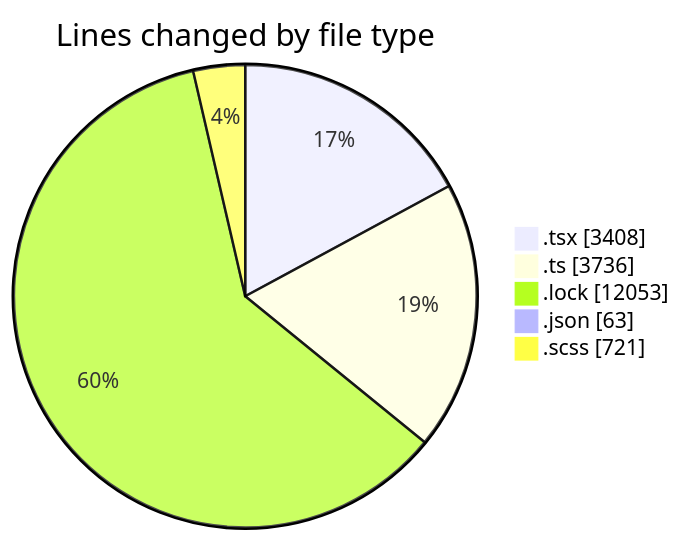
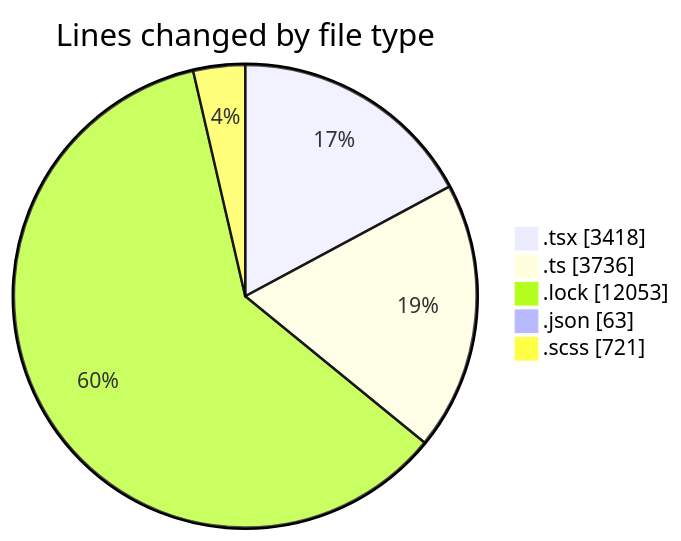
The first of 2 diagrams in 2025-12-03/cda/README.md (momahboobian/code-tracking), drawn with Mermaid before and after one commit. The commit also changed other lines of this file and 1 other file, not shown here.

````diff
--- a/2025-12-03/cda/README.md
+++ b/2025-12-03/cda/README.md
@@ -32,9 +32,9 @@
 ```mermaid
 pie showData
 title Lines changed by file type
-".tsx" : 3408
+".tsx" : 3418
 ".ts" : 3736
 ".lock" : 12053
 ".json" : 63
 ".scss" : 721
 ```
````
